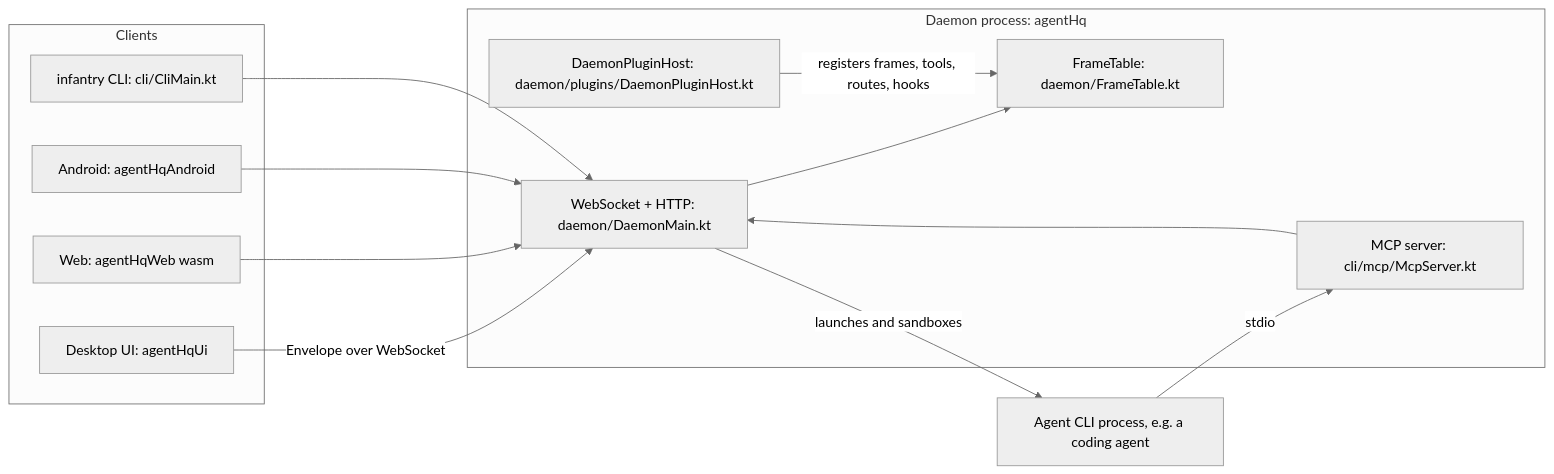
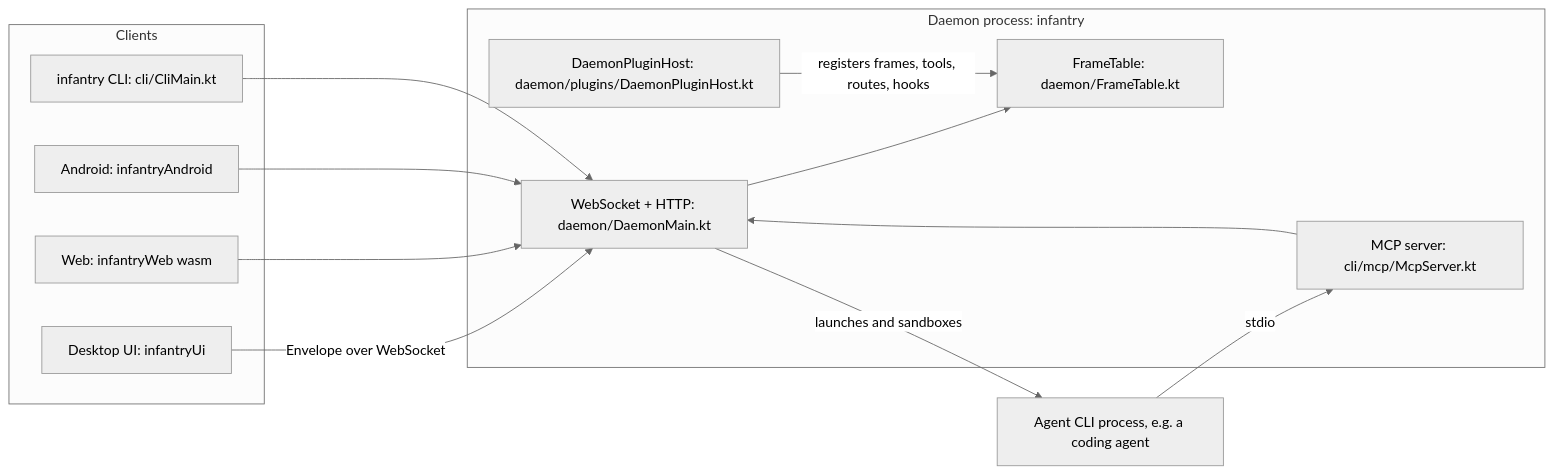
Before and after one commit to SuperiorSoft-LLC/infantry-ai: the second of 6 diagrams in docs/wiki/Architecture.md, drawn with Mermaid (neutral theme). The commit also changed other lines of this file and 4624 other files, not shown here.

First line of the commit message:
RENAME-2: rename packages, modules, CLI, tools, env, dirs AgentHQ -> Infantry

````diff
--- a/docs/wiki/Architecture.md
+++ b/docs/wiki/Architecture.md
@@ -39,25 +39,25 @@
 ```mermaid
 flowchart LR
     subgraph Clients
-        UI[Desktop UI: agentHqUi]
-        WEB[Web: agentHqWeb wasm]
-        AND[Android: agentHqAndroid]
+        UI[Desktop UI: infantryUi]
+        WEB[Web: infantryWeb wasm]
+        AND[Android: infantryAndroid]
         CLI[infantry CLI: cli/CliMain.kt]
     end
-    subgraph Daemon[Daemon process: agentHq]
+    subgraph Daemon[Daemon process: infantry]
         WS[WebSocket + HTTP: daemon/DaemonMain.kt]
         FT[FrameTable: daemon/FrameTable.kt]
         PH[DaemonPluginHost: daemon/plugins/DaemonPluginHost.kt]
         MCP[MCP server: cli/mcp/McpServer.kt]
     end
     AG[Agent CLI process, e.g. a coding agent]
     UI -->|Envelope over WebSocket| WS
     WEB --> WS
     AND --> WS
     CLI --> WS
     WS --> FT
     PH -->|registers frames, tools, routes, hooks| FT
     AG -->|stdio| MCP
     MCP --> WS
     WS -->|launches and sandboxes| AG
 ```
````
